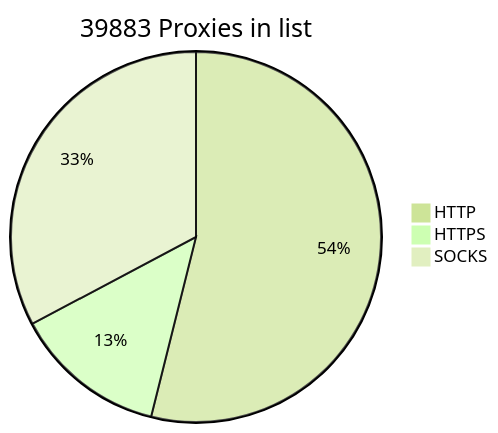
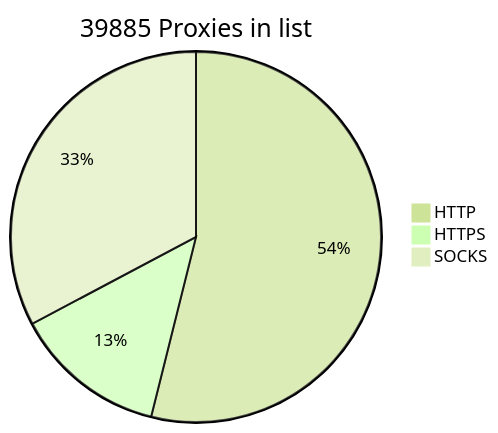
The diagram in README.md (BlackSnowDot/proxylist-update-every-minute), drawn with Mermaid (forest theme) before and after one commit.

````diff
--- a/README.md
+++ b/README.md
@@ -2,6 +2,6 @@
 ```mermaid
-pie title 39883 Proxies in list
-    "HTTP" : 23942
-    "HTTPS": 5929
+pie title 39885 Proxies in list
+    "HTTP" : 23941
+    "HTTPS": 5931
     "SOCKS" : 14551
 ```
````
